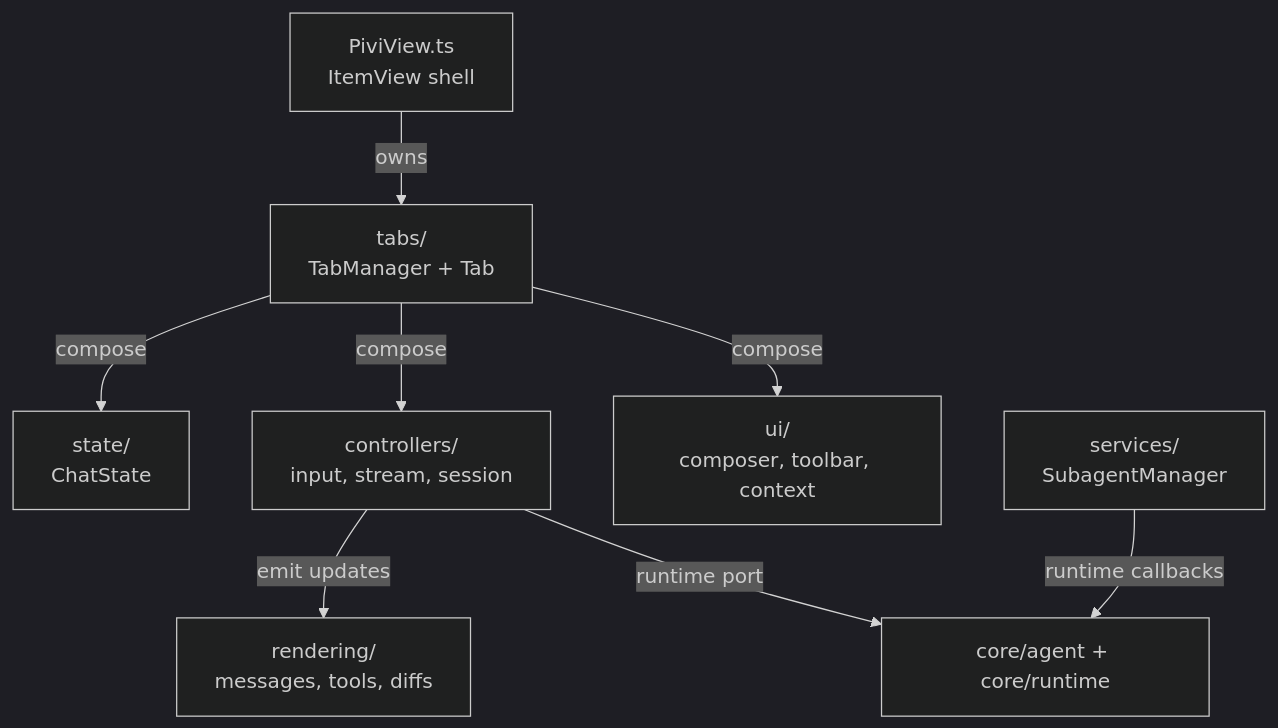
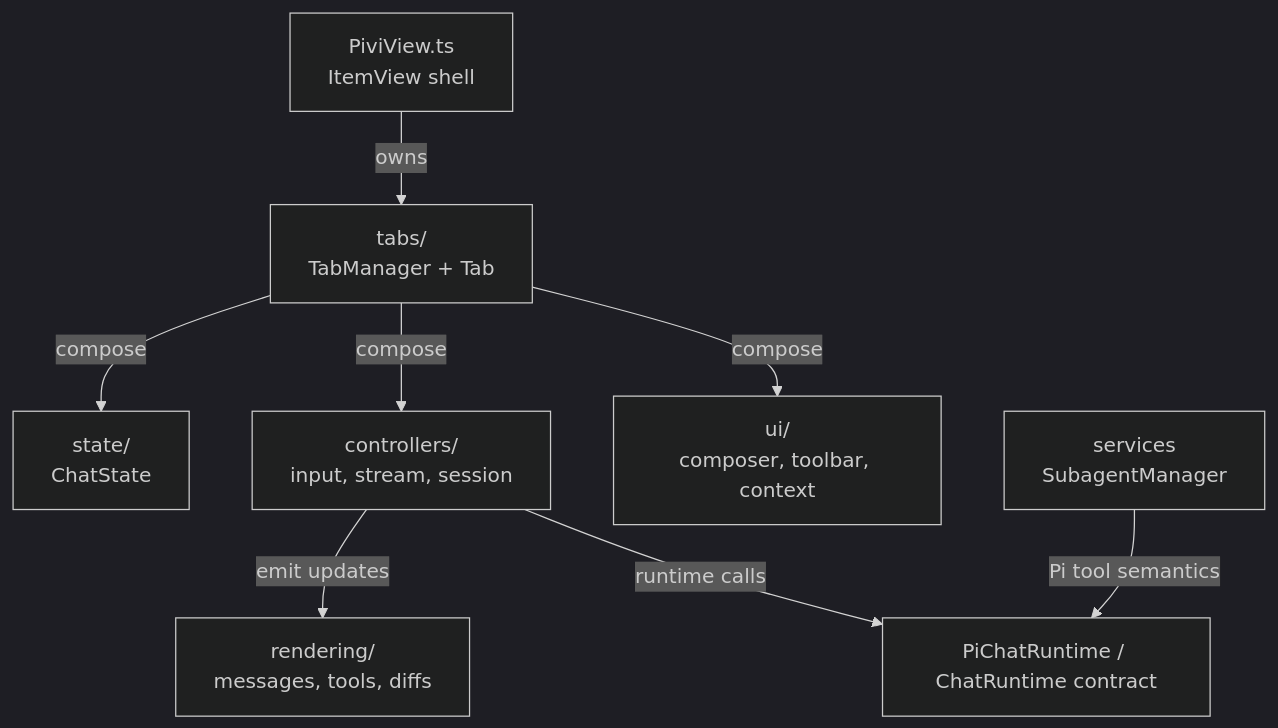
One commit to shuuul/obsidian-pivi changed the diagram in src/features/chat/AGENTS.md. Above: the diagram before and after it, drawn with Mermaid (dark theme). The commit also changed other lines of this file and 155 other files, not shown here.

````diff
--- a/src/features/chat/AGENTS.md
+++ b/src/features/chat/AGENTS.md
@@ -7,10 +7,10 @@
 ```mermaid
 flowchart TD
   View["PiviView.ts<br/>ItemView shell"] -- "owns" --> Tabs["tabs/<br/>TabManager + Tab"]
   Tabs -- "compose" --> State["state/<br/>ChatState"]
   Tabs -- "compose" --> Controllers["controllers/<br/>input, stream, session"]
   Tabs -- "compose" --> UI["ui/<br/>composer, toolbar, context"]
   Controllers -- "emit updates" --> Rendering["rendering/<br/>messages, tools, diffs"]
-  Controllers -- "runtime port" --> Core["core/agent + core/runtime"]
-  Services["services/<br/>SubagentManager"] -- "runtime callbacks" --> Core
+  Controllers -- "runtime calls" --> Pi["PiChatRuntime / ChatRuntime contract"]
+  Services["services<br/>SubagentManager"] -- "Pi tool semantics" --> Pi
 ```
````
